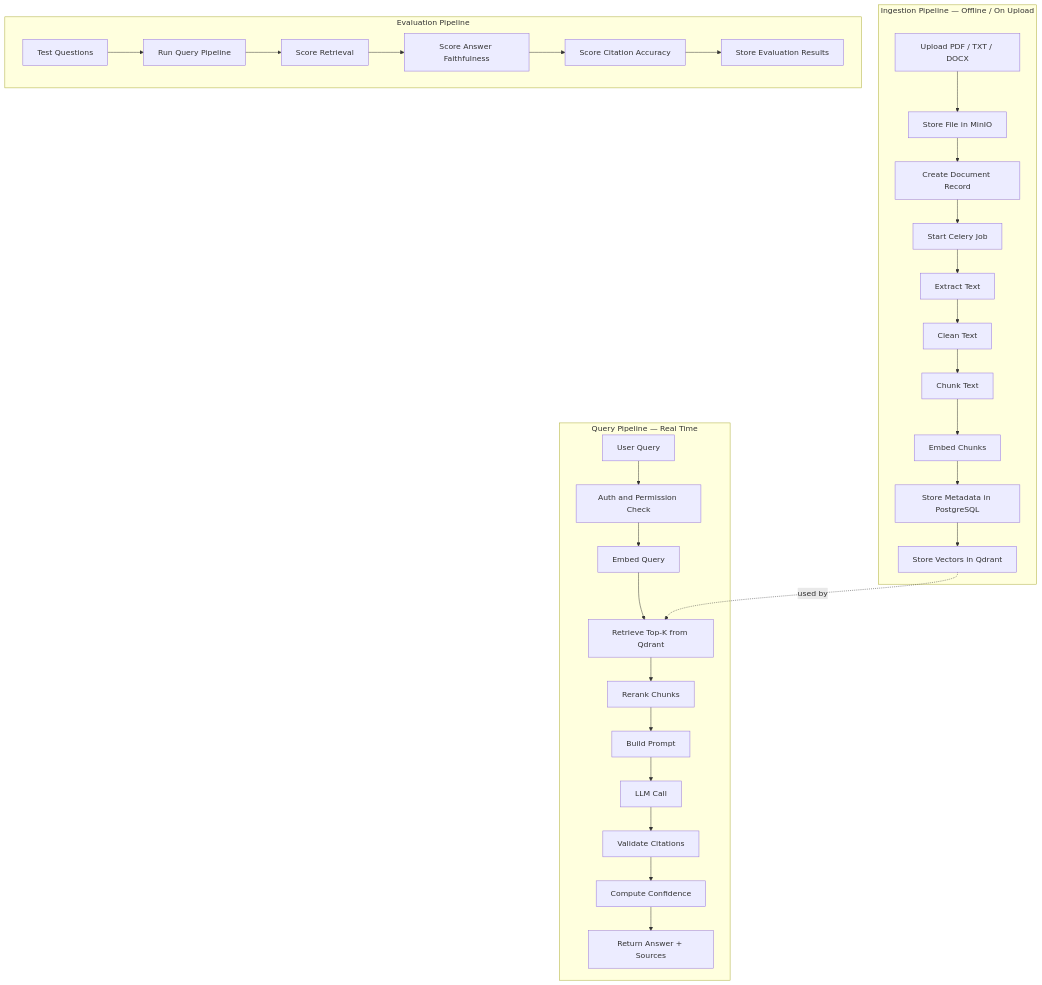
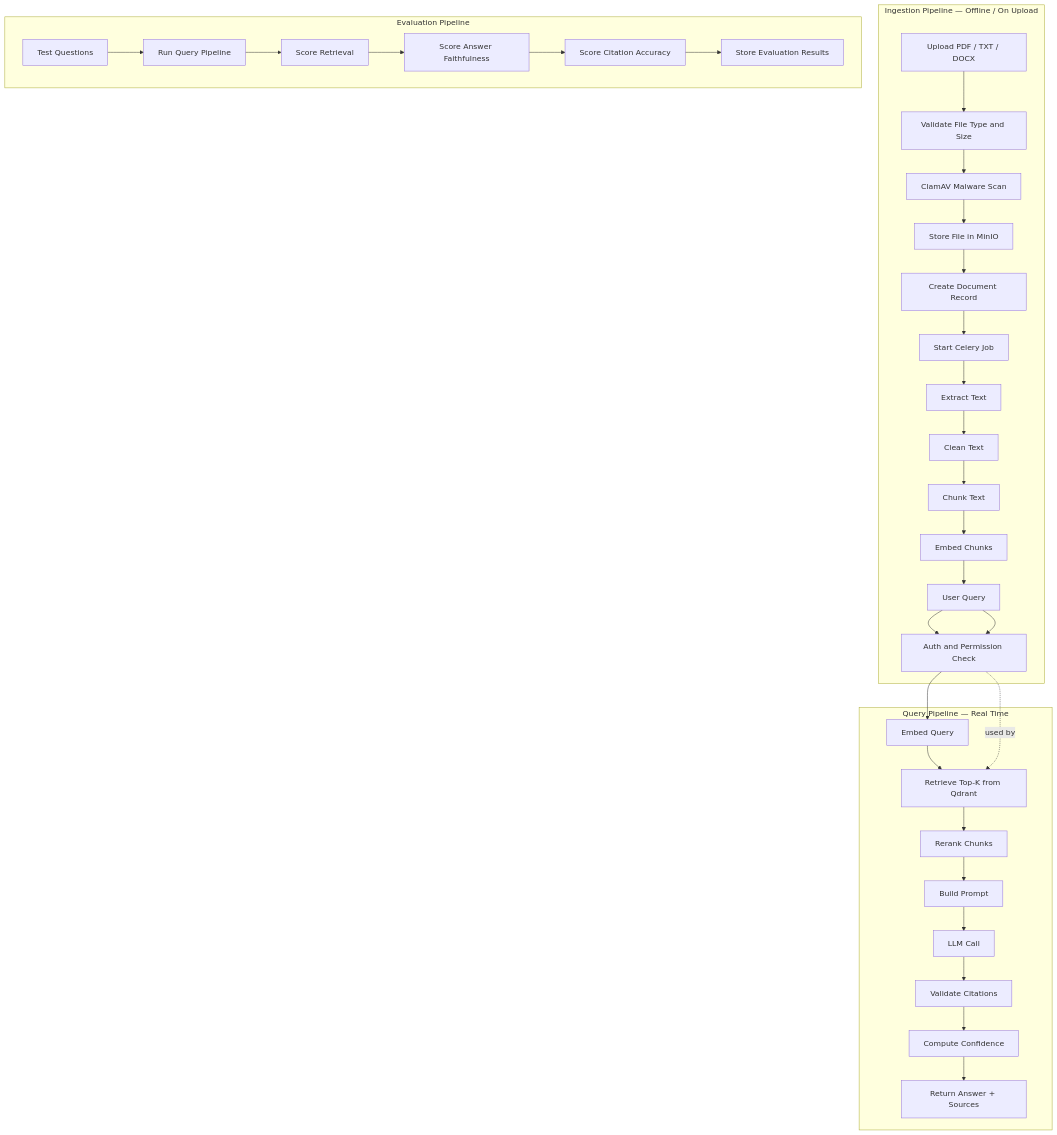
The first of 4 diagrams in docs/03_RAG_WORKFLOW.md (meghrazchi/rudix), drawn with Mermaid before and after one commit. The commit also changed other lines of this file and 19 other files, not shown here.

Commit message:
feat(security): [rudix#200] ClamAV virus scanning for document uploads

````diff
--- a/docs/03_RAG_WORKFLOW.md
+++ b/docs/03_RAG_WORKFLOW.md
@@ -7,42 +7,44 @@
 ```mermaid
 flowchart TD
     subgraph Ingestion["Ingestion Pipeline — Offline / On Upload"]
         A[Upload PDF / TXT / DOCX]
-        B[Store File in MinIO]
-        C[Create Document Record]
-        D[Start Celery Job]
-        E[Extract Text]
-        F[Clean Text]
-        G[Chunk Text]
-        H[Embed Chunks]
-        I[Store Metadata in PostgreSQL]
-        J[Store Vectors in Qdrant]
+        B[Validate File Type and Size]
+        C[ClamAV Malware Scan]
+        D[Store File in MinIO]
+        E[Create Document Record]
+        F[Start Celery Job]
+        G[Extract Text]
+        H[Clean Text]
+        I[Chunk Text]
+        J[Embed Chunks]
+        K[Store Metadata in PostgreSQL]
+        L[Store Vectors in Qdrant]
     end
 
     subgraph Query["Query Pipeline — Real Time"]
         K[User Query]
         L[Auth and Permission Check]
         M[Embed Query]
         N[Retrieve Top-K from Qdrant]
         O[Rerank Chunks]
         P[Build Prompt]
         Q[LLM Call]
         R[Validate Citations]
         S[Compute Confidence]
         T[Return Answer + Sources]
     end
 
     subgraph Evaluation["Evaluation Pipeline"]
         U[Test Questions]
         V[Run Query Pipeline]
         W[Score Retrieval]
         X[Score Answer Faithfulness]
         Y[Score Citation Accuracy]
         Z[Store Evaluation Results]
     end
 
-    A --> B --> C --> D --> E --> F --> G --> H --> I --> J
+    A --> B --> C --> D --> E --> F --> G --> H --> I --> J --> K --> L
     K --> L --> M --> N --> O --> P --> Q --> R --> S --> T
     U --> V --> W --> X --> Y --> Z
-    J -. used by .-> N
+    L -. used by .-> N
 ```
````
